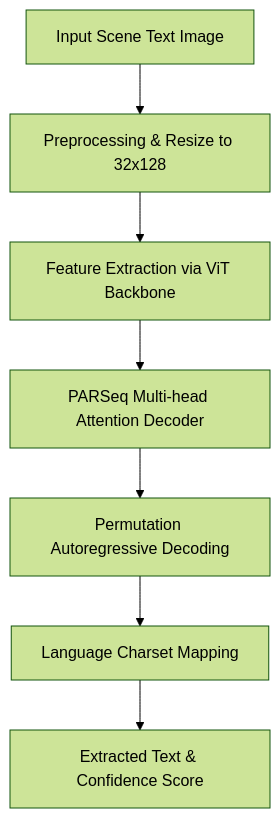
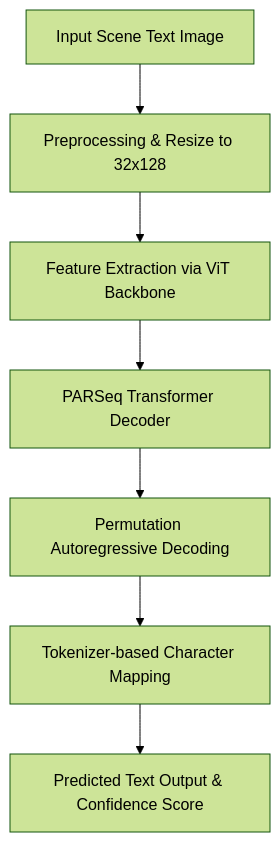
Before and after one commit to YashaswiDarga/Multilingual_scene_text_recognition_system: the diagram in README.md, drawn with Mermaid (forest theme).

````diff
--- a/README.md
+++ b/README.md
@@ -47,9 +47,9 @@
 ```mermaid
 graph TD
     A[Input Scene Text Image] --> B[Preprocessing & Resize to 32x128]
     B --> C[Feature Extraction via ViT Backbone]
-    C --> D[PARSeq Multi-head Attention Decoder]
+    C --> D[PARSeq Transformer Decoder]
     D --> E[Permutation Autoregressive Decoding]
-    E --> F[Language Charset Mapping]
-    F --> G[Extracted Text & Confidence Score]
+    E --> F[Tokenizer-based Character Mapping]
+    F --> G[Predicted Text Output & Confidence Score]
 ```
````
